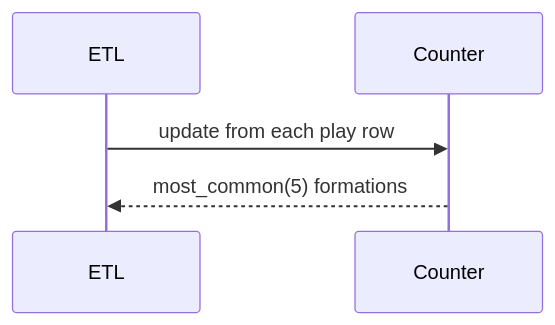
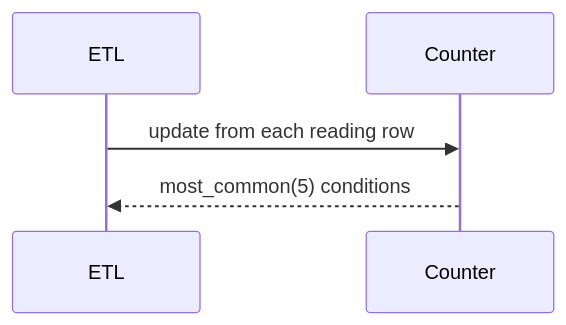
Before and after one commit to qgjones9/python-programming-guide: the fourth of 6 diagrams in docs/dsa/data-structures/hash-table/index.md, drawn with Mermaid. The commit also changed other lines of this file and 29 other files, not shown here.

````diff
--- a/docs/dsa/data-structures/hash-table/index.md
+++ b/docs/dsa/data-structures/hash-table/index.md
@@ -486,7 +478,7 @@
 ```mermaid
 sequenceDiagram
   participant ETL
   participant C as Counter
-  ETL->>C: update from each play row
-  C-->>ETL: most_common(5) formations
+  ETL->>C: update from each reading row
+  C-->>ETL: most_common(5) conditions
 ```
````
